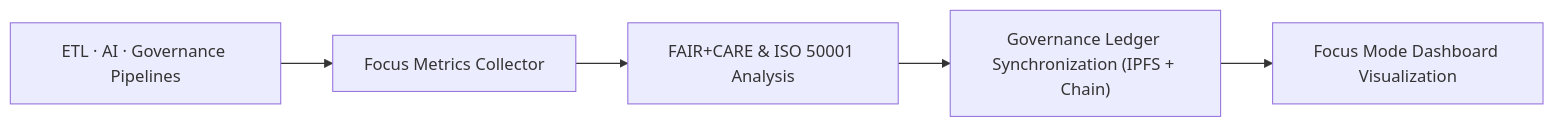
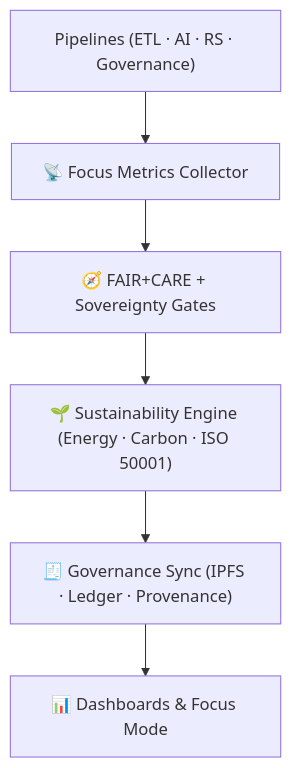
One commit to bartytime4life/Kansas-Frontier-Matrix changed the diagram in src/pipelines/telemetry/README.md. Above: the diagram before and after it, drawn with Mermaid. The commit also changed other lines of this file, not shown here.

````diff
--- a/src/pipelines/telemetry/README.md
+++ b/src/pipelines/telemetry/README.md
@@ -65,7 +89,9 @@
 ```mermaid
-flowchart LR
-    A["ETL · AI · Governance Pipelines"] --> B["Focus Metrics Collector"]
-    B --> C["FAIR+CARE & ISO 50001 Analysis"]
-    C --> D["Governance Ledger Synchronization (IPFS + Chain)"]
-    D --> E["Focus Mode Dashboard Visualization"]
+flowchart TD
+    A["Pipelines (ETL · AI · RS · Governance)"]
+        --> B["📡 Focus Metrics Collector"]
+    B --> C["🧭 FAIR+CARE + Sovereignty Gates"]
+    C --> D["🌱 Sustainability Engine (Energy · Carbon · ISO 50001)"]
+    D --> E["🧾 Governance Sync (IPFS · Ledger · Provenance)"]
+    E --> F["📊 Dashboards & Focus Mode"]
 ```
````
